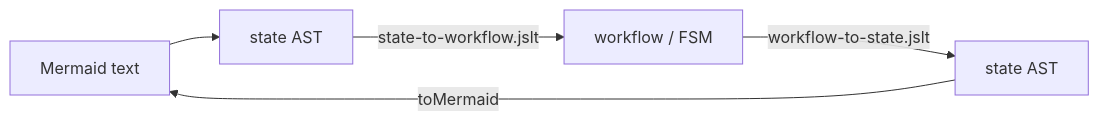
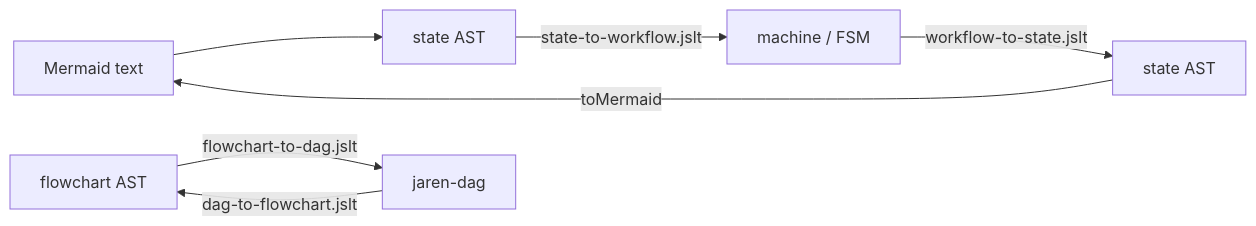
Before and after one commit to jklarenbeek/jarenjs: the fourth of 6 diagrams in components/mermaid/README.md, drawn with Mermaid. The commit also changed other lines of this file and 43 other files, not shown here.

Commit message:
Project diagrams to and from executable flow documents: UML transition labels in the state AST, four JSLT stylesheets, and the $entries/$from-entries operator pair

````diff
--- a/components/mermaid/README.md
+++ b/components/mermaid/README.md
@@ -128,7 +140,9 @@
 ```mermaid
 flowchart LR
   M[Mermaid text] --> A[state AST]
-  A -->|state-to-workflow.jslt| W[workflow / FSM]
+  A -->|state-to-workflow.jslt| W[machine / FSM]
   W -->|workflow-to-state.jslt| A2[state AST]
   A2 -->|toMermaid| M
+  F[flowchart AST] -->|flowchart-to-dag.jslt| D[jaren-dag]
+  D -->|dag-to-flowchart.jslt| F
 ```
````
